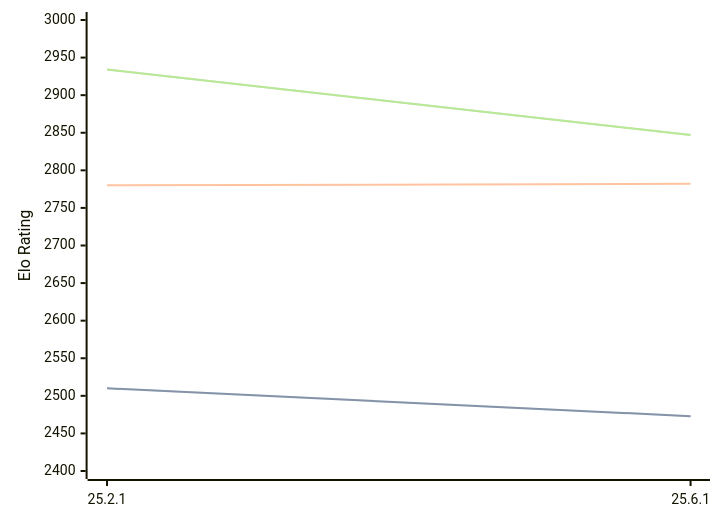
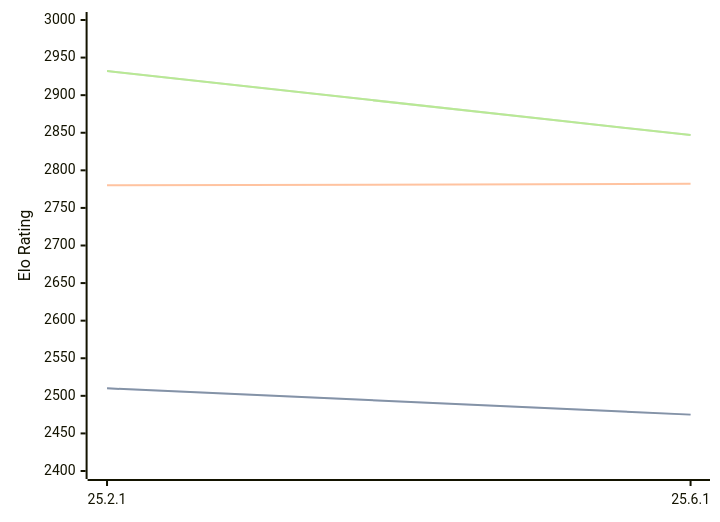
The diagram in engines/Crafty.md (computer-chess-index/cci), drawn with Mermaid before and after one commit. The commit also changed other lines of this file, not shown here.

Commit message:
Update CCI Ratings (ELO VLTC) - 2026-09-01

````diff
--- a/engines/Crafty.md
+++ b/engines/Crafty.md
@@ -32,11 +32,11 @@
 ```mermaid
 %%{init: {"theme":"base","themeVariables":{"seriesColors:['#a3a3a3','#222221','#faa371']}}}%%
 xychart-beta
   x-axis ["25.2.1", "25.6.1"]
   y-axis "Elo Rating" 2400 --> 3000
-  line "" [2510, 2473]
-  line "STC (8.0+0.08s)" [2510, 2473]
+  line "" [2510, 2475]
+  line "STC (8.0+0.08s)" [2510, 2475]
   line "LTC (60.0+0.60s)" [2780, 2782]
-  line "" [2934, 2847]
-  line "VLTC (2m24s+1.12s)" [2934, 2847]
+  line "" [2932, 2847]
+  line "VLTC (2m24s+1.12s)" [2932, 2847]
 ```
````
